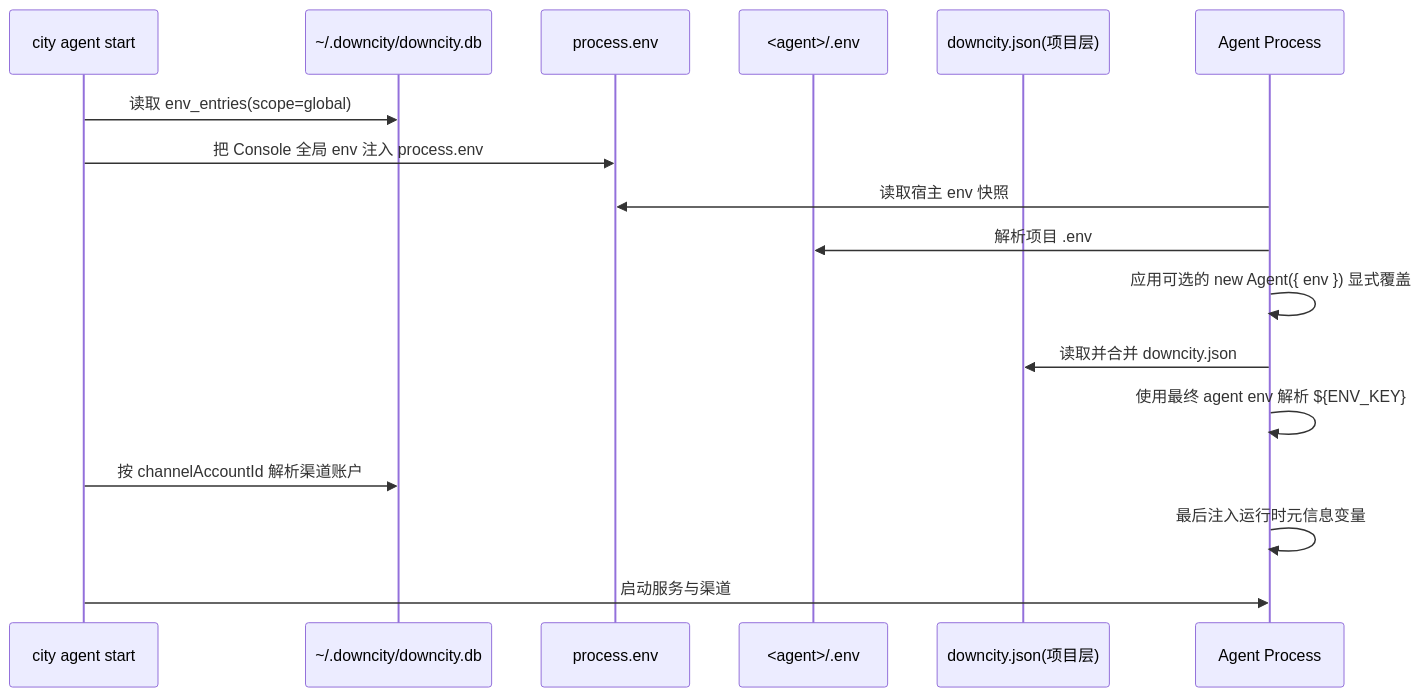
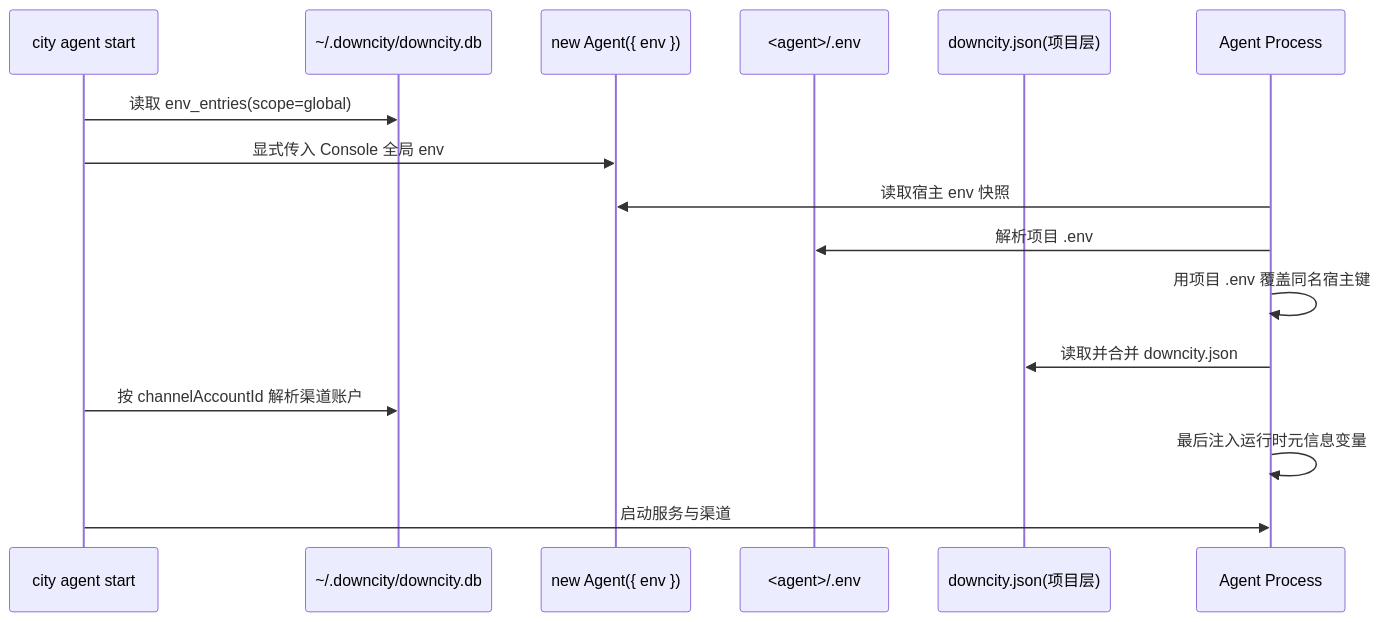
One commit to wangenius/downcity changed the first of 2 diagrams in homepage/content/docs/zh/configuration/environment-variables.mdx. Above: the diagram before and after it, drawn with Mermaid. The commit also changed other lines of this file and 34 other files, not shown here.

Commit message:
refactor(env): inject host env and drop config placeholders

````diff
--- a/homepage/content/docs/zh/configuration/environment-variables.mdx
+++ b/homepage/content/docs/zh/configuration/environment-variables.mdx
@@ -38,20 +37,19 @@
 ```mermaid
 sequenceDiagram
   participant CLI as city agent start
   participant DB as ~/.downcity/downcity.db
-  participant PROC as process.env
+  participant HOST as new Agent({ env })
   participant ENV as <agent>/.env
   participant JSON as downcity.json(项目层)
   participant RT as Agent Process
 
   CLI->>DB: 读取 env_entries(scope=global)
-  CLI->>PROC: 把 Console 全局 env 注入 process.env
-  RT->>PROC: 读取宿主 env 快照
+  CLI->>HOST: 显式传入 Console 全局 env
+  RT->>HOST: 读取宿主 env 快照
   RT->>ENV: 解析项目 .env
-  RT->>RT: 应用可选的 new Agent({ env }) 显式覆盖
+  RT->>RT: 用项目 .env 覆盖同名宿主键
   RT->>JSON: 读取并合并 downcity.json
-  RT->>RT: 使用最终 agent env 解析 ${ENV_KEY}
   CLI->>DB: 按 channelAccountId 解析渠道账户
   RT->>RT: 最后注入运行时元信息变量
   CLI->>RT: 启动服务与渠道
 ```
````
